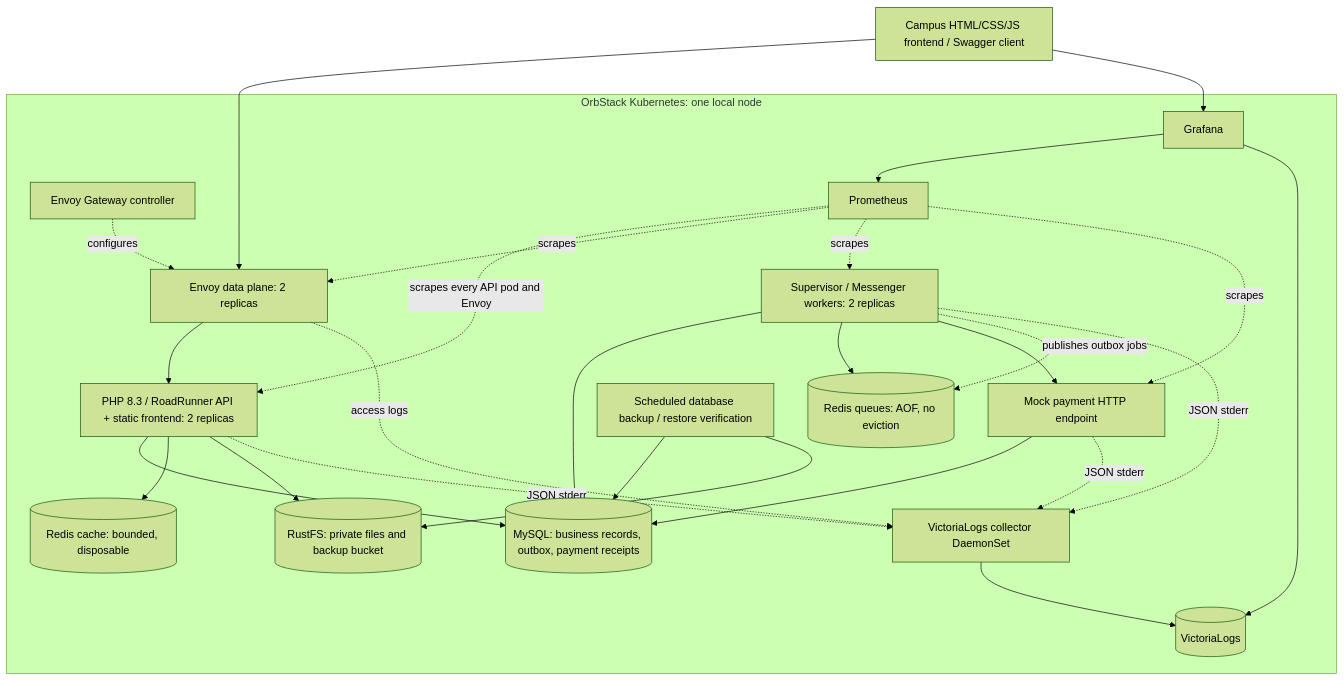
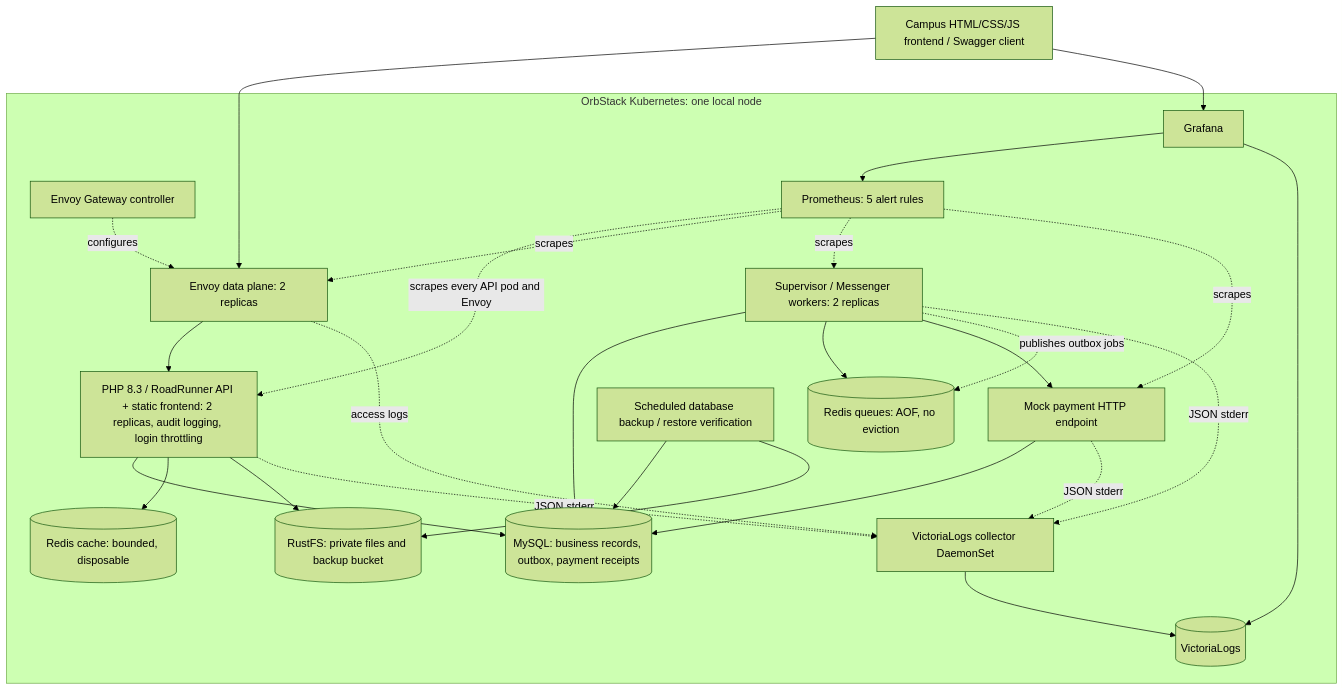
Before and after one commit to azurlas/ft-final: the diagram in docs/architecture.mmd, drawn with Mermaid (forest theme). The commit also changed 9 other files, not shown here.

```diff
--- a/docs/architecture.mmd
+++ b/docs/architecture.mmd
@@ -1,43 +1,43 @@
 flowchart TB
     CLIENT[Campus HTML/CSS/JS frontend / Swagger client]
     subgraph LOCAL[OrbStack Kubernetes: one local node]
         EG[Envoy Gateway controller]
         GATEWAY[Envoy data plane: 2 replicas]
-        API[PHP 8.3 / RoadRunner API + static frontend: 2 replicas]
+        API[PHP 8.3 / RoadRunner API + static frontend: 2 replicas, audit logging, login throttling]
         WORKER[Supervisor / Messenger workers: 2 replicas]
         MOCK[Mock payment HTTP endpoint]
         MYSQL[(MySQL: business records, outbox, payment receipts)]
         QUEUE[(Redis queues: AOF, no eviction)]
         CACHE[(Redis cache: bounded, disposable)]
         S3[(RustFS: private files and backup bucket)]
         BACKUP[Scheduled database backup / restore verification]
-        PROM[Prometheus]
+        PROM[Prometheus: 5 alert rules]
         COLLECTOR[VictoriaLogs collector DaemonSet]
         VLOGS[(VictoriaLogs)]
         GRAFANA[Grafana]
         EG -. configures .-> GATEWAY
         GATEWAY --> API
         API --> MYSQL
         API --> CACHE
         API --> S3
         WORKER --> MYSQL
         WORKER --> QUEUE
         WORKER --> MOCK
         MOCK --> MYSQL
         WORKER -. publishes outbox jobs .-> QUEUE
         BACKUP --> MYSQL
         BACKUP --> S3
         PROM -. scrapes every API pod and Envoy .-> API
         PROM -. scrapes .-> GATEWAY
         PROM -. scrapes .-> WORKER
         PROM -. scrapes .-> MOCK
         API -. JSON stderr .-> COLLECTOR
         WORKER -. JSON stderr .-> COLLECTOR
         MOCK -. JSON stderr .-> COLLECTOR
         GATEWAY -. access logs .-> COLLECTOR
         COLLECTOR --> VLOGS
         GRAFANA --> PROM
         GRAFANA --> VLOGS
     end
     CLIENT --> GATEWAY
     CLIENT --> GRAFANA
```
